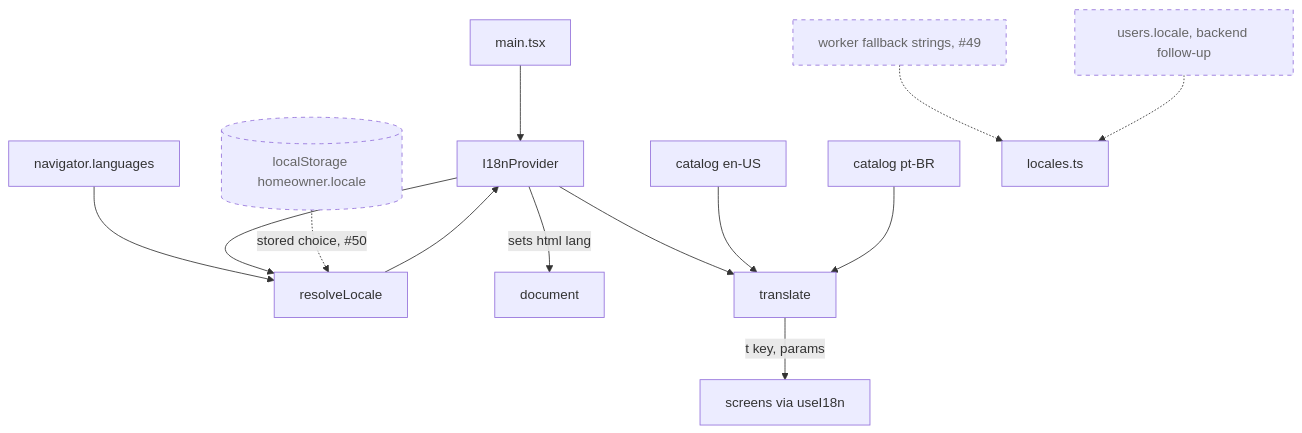
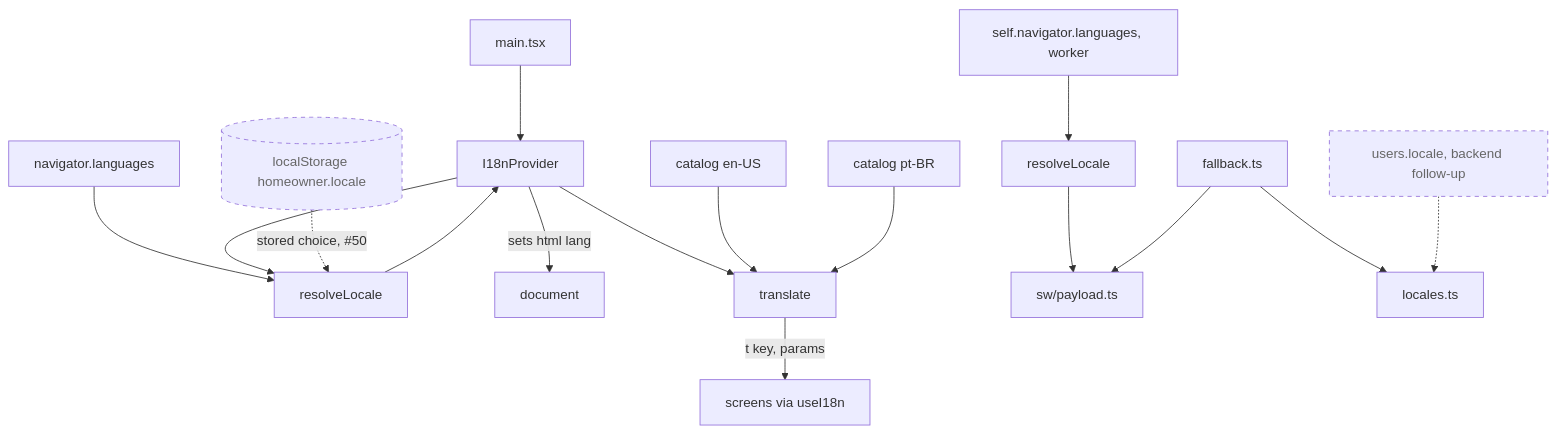
Before and after one commit to AbnerWillclefy/Homeowner: the diagram in docs/architecture/web.md, drawn with Mermaid. The commit also changed other lines of this file, not shown here.

Commit message:
docs: describe how the service worker picks its language

````diff
--- a/docs/architecture/web.md
+++ b/docs/architecture/web.md
@@ -23,19 +23,22 @@
 ```mermaid
 flowchart TD
     MAIN[main.tsx] --> PROV[I18nProvider]
     NAV[navigator.languages] --> RES[resolveLocale]
     PROV --> RES
     RES --> PROV
     PROV -->|sets html lang| DOC[document]
     PROV --> TR[translate]
     EN[catalog en-US] --> TR
     PT[catalog pt-BR] --> TR
     TR -->|t key, params| SCREENS[screens via useI18n]
 
     STORE[(localStorage homeowner.locale)] -.->|stored choice, #50| RES
-    SWFB[worker fallback strings, #49] -.-> LOC[locales.ts]
+    SWNAV[self.navigator.languages, worker] --> SWRES[resolveLocale]
+    SWRES --> SWPAY[sw/payload.ts]
+    SWFB[fallback.ts] --> SWPAY
+    SWFB --> LOC[locales.ts]
     BE[users.locale, backend follow-up] -.-> LOC
 
     classDef planned stroke-dasharray: 5 5,color:#666
-    class STORE,SWFB,BE planned
+    class STORE,BE planned
 ```
````
